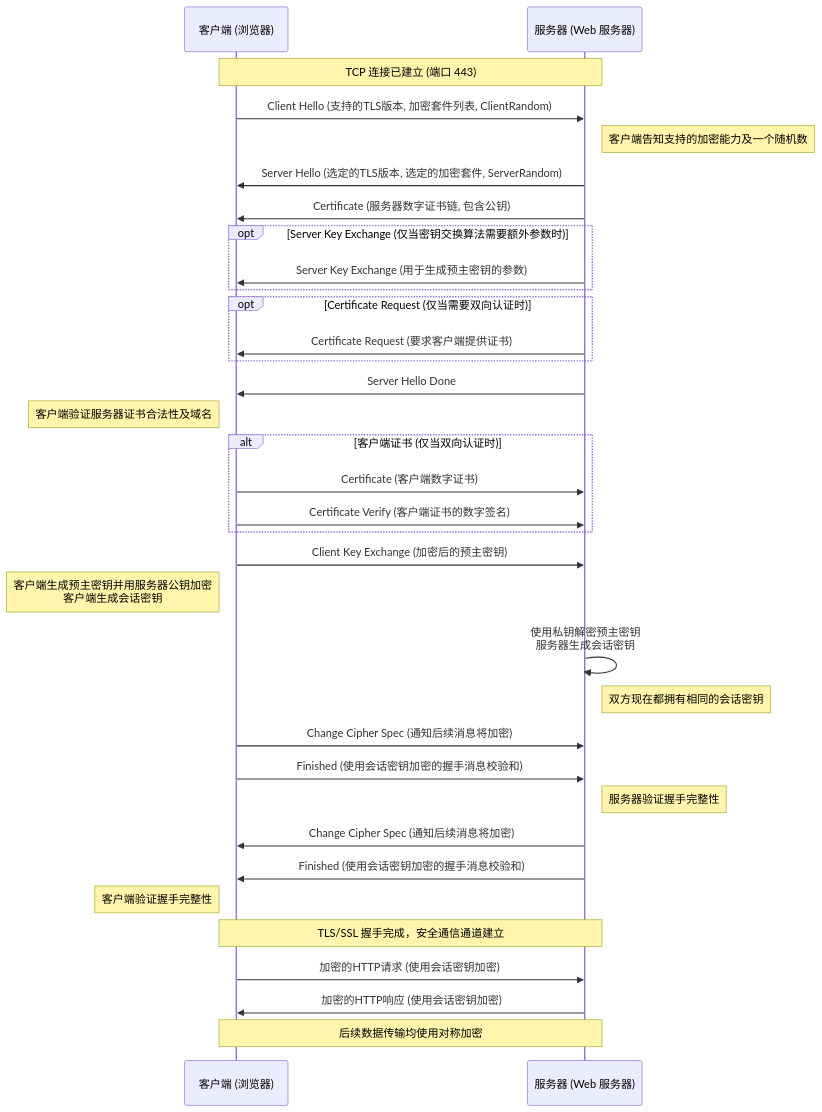
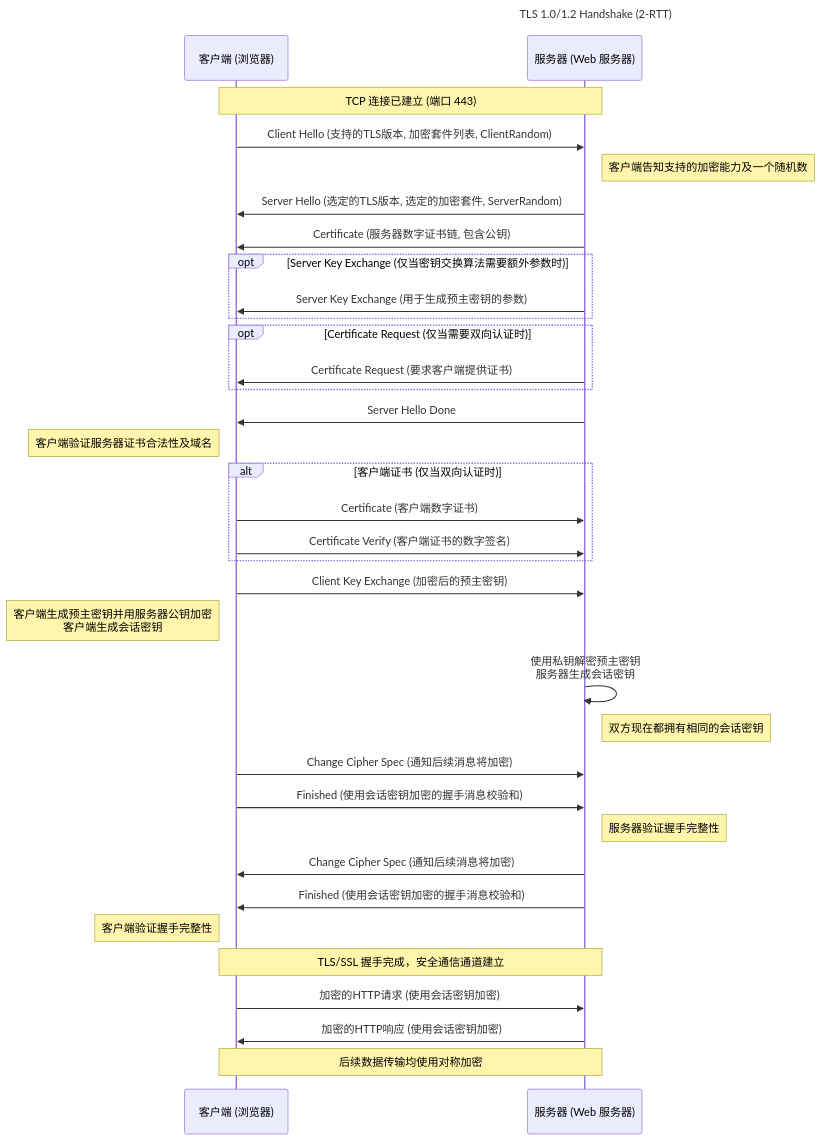
One commit to ReAllTh/memo changed the first of 2 diagrams in _posts/2024-01-07-CNSUM.md. Above: the diagram before and after it, drawn with Mermaid. The commit also changed other lines of this file, not shown here.

Commit message:
update: add tls 1.0/1.2 connection establishment

````diff
--- a/_posts/2024-01-07-CNSUM.md
+++ b/_posts/2024-01-07-CNSUM.md
@@ -450,46 +156,48 @@
 ```mermaid
 sequenceDiagram
     participant C as 客户端 (浏览器)
     participant S as 服务器 (Web 服务器)
+
+    title TLS 1.0/1.2 Handshake (2-RTT)
     
     Note over C,S: TCP 连接已建立 (端口 443)
 
     C->>S: Client Hello (支持的TLS版本, 加密套件列表, ClientRandom)
     Note right of S: 客户端告知支持的加密能力及一个随机数
 
     S->>C: Server Hello (选定的TLS版本, 选定的加密套件, ServerRandom)
     S->>C: Certificate (服务器数字证书链, 包含公钥)
     opt Server Key Exchange (仅当密钥交换算法需要额外参数时)
         S->>C: Server Key Exchange (用于生成预主密钥的参数)
     end
     opt Certificate Request (仅当需要双向认证时)
         S->>C: Certificate Request (要求客户端提供证书)
     end
     S->>C: Server Hello Done
     Note left of C: 客户端验证服务器证书合法性及域名
 
     alt 客户端证书 (仅当双向认证时)
         C->>S: Certificate (客户端数字证书)
         C->>S: Certificate Verify (客户端证书的数字签名)
     end
 
     C->>S: Client Key Exchange (加密后的预主密钥)
     Note left of C: 客户端生成预主密钥并用服务器公钥加密<br/>客户端生成会话密钥
 
     S->>S: 使用私钥解密预主密钥<br/>服务器生成会话密钥
     Note right of S: 双方现在都拥有相同的会话密钥
 
     C->>S: Change Cipher Spec (通知后续消息将加密)
     C->>S: Finished (使用会话密钥加密的握手消息校验和)
     Note right of S: 服务器验证握手完整性
 
     S->>C: Change Cipher Spec (通知后续消息将加密)
     S->>C: Finished (使用会话密钥加密的握手消息校验和)
     Note left of C: 客户端验证握手完整性
 
     Note over C,S: TLS/SSL 握手完成，安全通信通道建立
 
     C->>S: 加密的HTTP请求 (使用会话密钥加密)
     S->>C: 加密的HTTP响应 (使用会话密钥加密)
     Note over C,S: 后续数据传输均使用对称加密
 ```
````
